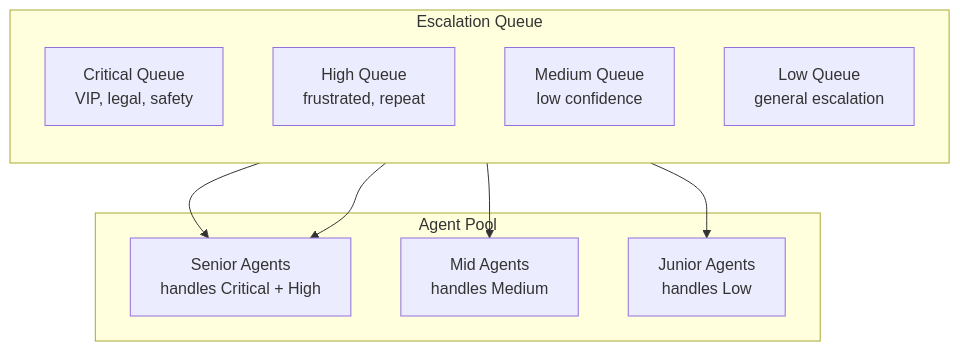
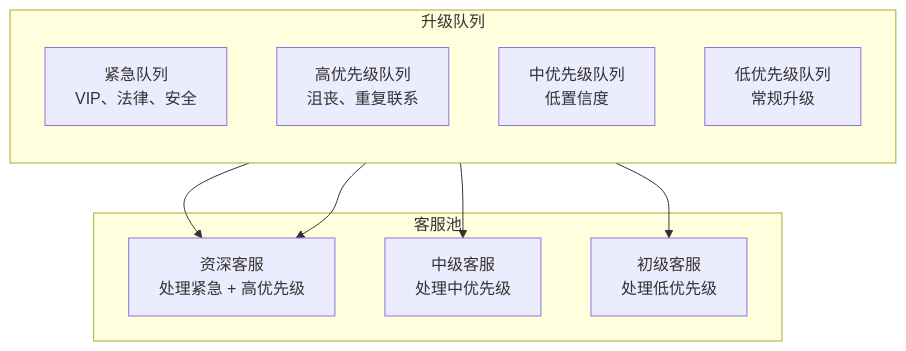
Before and after one commit to stars-labs/ai-driven-customer-service: the third of 4 diagrams in i18n/zh/docusaurus-plugin-content-docs/current/09-human-handoff.md, drawn with Mermaid. The commit also changed other lines of this file and 15 other files, not shown here.

````diff
--- a/i18n/zh/docusaurus-plugin-content-docs/current/09-human-handoff.md
+++ b/i18n/zh/docusaurus-plugin-content-docs/current/09-human-handoff.md
@@ -162,21 +162,21 @@
 ```mermaid
 flowchart TB
-    subgraph Queue["Escalation Queue"]
+    subgraph Queue["升级队列"]
         direction TB
-        Q1[Critical Queue<br/>VIP, legal, safety]
-        Q2[High Queue<br/>frustrated, repeat]
-        Q3[Medium Queue<br/>low confidence]
-        Q4[Low Queue<br/>general escalation]
+        Q1[紧急队列<br/>VIP、法律、安全]
+        Q2[高优先级队列<br/>沮丧、重复联系]
+        Q3[中优先级队列<br/>低置信度]
+        Q4[低优先级队列<br/>常规升级]
     end
 
-    subgraph Agents["Agent Pool"]
-        A1[Senior Agents<br/>handles Critical + High]
-        A2[Mid Agents<br/>handles Medium]
-        A3[Junior Agents<br/>handles Low]
+    subgraph Agents["客服池"]
+        A1[资深客服<br/>处理紧急 + 高优先级]
+        A2[中级客服<br/>处理中优先级]
+        A3[初级客服<br/>处理低优先级]
     end
 
     Q1 --> A1
     Q2 --> A1
     Q3 --> A2
     Q4 --> A3
 ```
````
